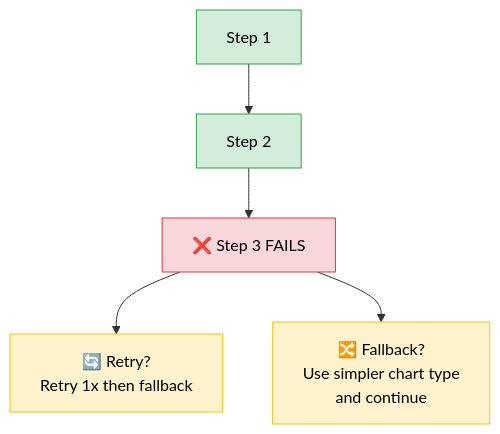
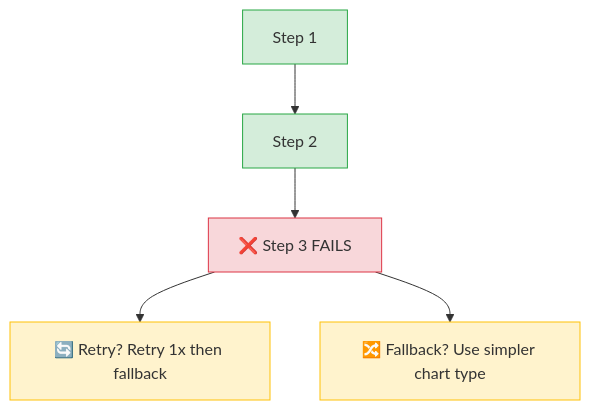
One commit to ithinktavo/GenAI-Engineering-Handbook changed the second of 8 diagrams in docs/09-orchestration-patterns.md. Above: the diagram before and after it, drawn with Mermaid. The commit also changed other lines of this file and 9 other files, not shown here.

First line of the commit message:
Fix Mermaid rendering: remove emoji from subgraph titles and unsupported syntax

````diff
--- a/docs/09-orchestration-patterns.md
+++ b/docs/09-orchestration-patterns.md
@@ -49,12 +49,12 @@
 ```mermaid
 graph TD
     S1["Step 1"] --> S2["Step 2"] --> S3["❌ Step 3 FAILS"]
-    S3 --> Retry["🔄 Retry?\nRetry 1x then fallback"]
-    S3 --> Fallback["🔀 Fallback?\nUse simpler chart type\nand continue"]
+    S3 --> Retry["🔄 Retry? Retry 1x then fallback"]
+    S3 --> Fallback["🔀 Fallback? Use simpler chart type"]
 
-    style S1 fill:#d4edda,stroke:#28a745,color:#000
-    style S2 fill:#d4edda,stroke:#28a745,color:#000
-    style S3 fill:#f8d7da,stroke:#dc3545,color:#000
-    style Retry fill:#fff3cd,stroke:#ffc107,color:#000
-    style Fallback fill:#fff3cd,stroke:#ffc107,color:#000
+    style S1 fill:#d4edda,stroke:#28a745
+    style S2 fill:#d4edda,stroke:#28a745
+    style S3 fill:#f8d7da,stroke:#dc3545
+    style Retry fill:#fff3cd,stroke:#ffc107
+    style Fallback fill:#fff3cd,stroke:#ffc107
 ```
````
